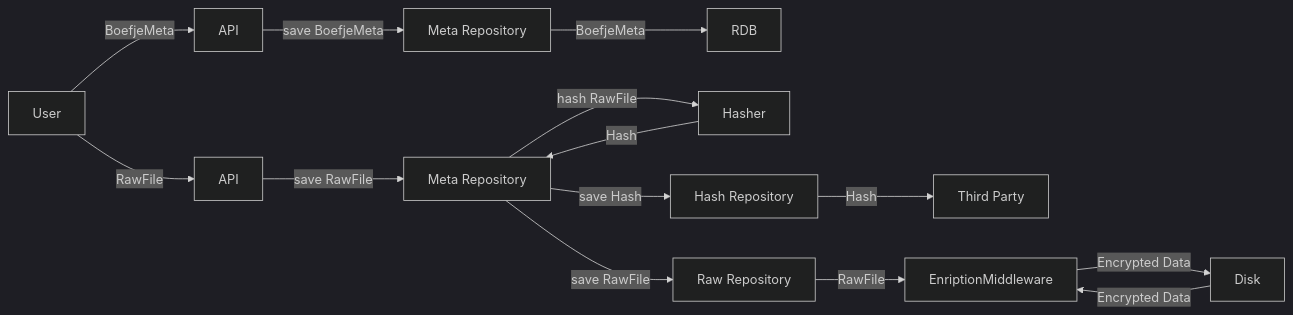
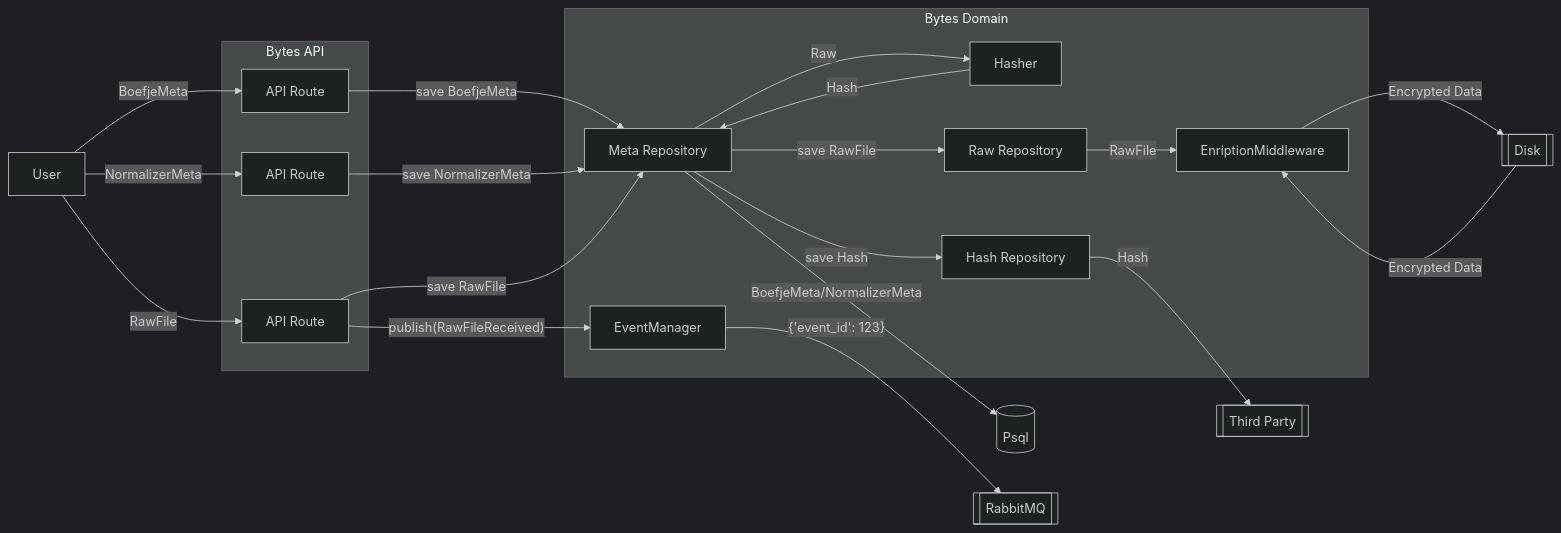
One commit to minvws/nl-kat-coordination changed the diagram in bytes/README.md. Above: the diagram before and after it, drawn with Mermaid (dark theme).

Commit message:
Update Bytes docs diagram

````diff
--- a/bytes/README.md
+++ b/bytes/README.md
@@ -137,10 +137,32 @@
 ```mermaid
 graph LR
-    U[User] -- BoefjeMeta --> A1[API] -- save BoefjeMeta --> B1[Meta Repository]
-    B1[Meta Repository] -- BoefjeMeta --> RDB
-    B[Meta Repository] -- hash RawFile --> HR[Hasher] -- Hash --> B[Meta Repository]
-    U[User] -- RawFile --> A2[API] -- save RawFile --> B[Meta Repository] -- save Hash --> H[Hash Repository]
-    H[Hash Repository] -- Hash --> T[Third Party]
-    B[Meta Repository] -- save RawFile --> R[Raw Repository] -- RawFile --> E[EnriptionMiddleware]
-    E[EnriptionMiddleware] -- Encrypted Data --> Disk -- Encrypted Data  --> E[EnriptionMiddleware]
+    User -- BoefjeMeta --> APIR1
+    User -- NormalizerMeta --> APIR2
+    User -- RawFile --> APIR3
+
+
+    User[User]
+
+    APIR1 -- save BoefjeMeta --> MR
+    APIR2 -- save NormalizerMeta --> MR
+    APIR3 -- save RawFile --> MR
+
+    subgraph API["Bytes API"]
+        APIR1[API Route]
+        APIR2[API Route]
+        APIR3[API Route]
+    end
+
+    subgraph Bytes["Bytes Domain"]
+        APIR3 -- "publish(RawFileReceived)" --> EM[EventManager]
+        MR[Meta Repository] -- Raw  --> H[Hasher] -- Hash --> MR[Meta Repository]
+        MR[Meta Repository] -- save Hash --> HR[Hash Repository]
+        MR[Meta Repository] -- save RawFile --> R[Raw Repository]
+        R[Raw Repository] -- RawFile --> E[EnriptionMiddleware]
+    end
+
+    E[EnriptionMiddleware] -- Encrypted Data --> Disk[[Disk]] -- Encrypted Data  --> E[EnriptionMiddleware]
+    HR[Hash Repository] -- Hash --> T[[Third Party]]
+    MR[Meta Repository] -- BoefjeMeta/NormalizerMeta --> RDB[(Psql)]
+    EM[EventManager] -- "{'event_id': 123}" --> RabbitMQ[[RabbitMQ]]
 ```
````
